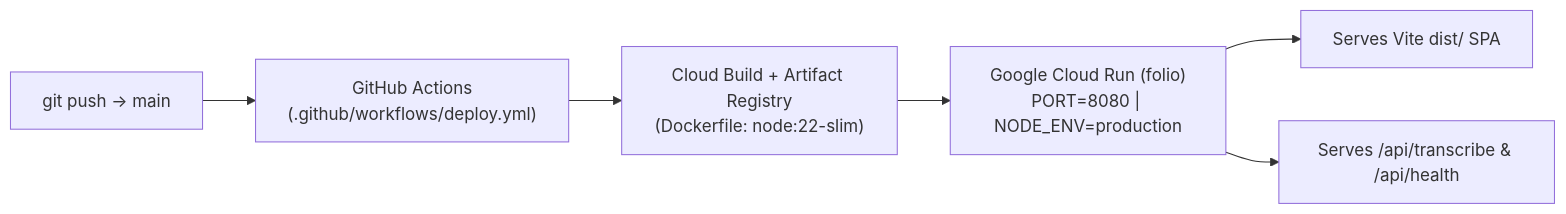
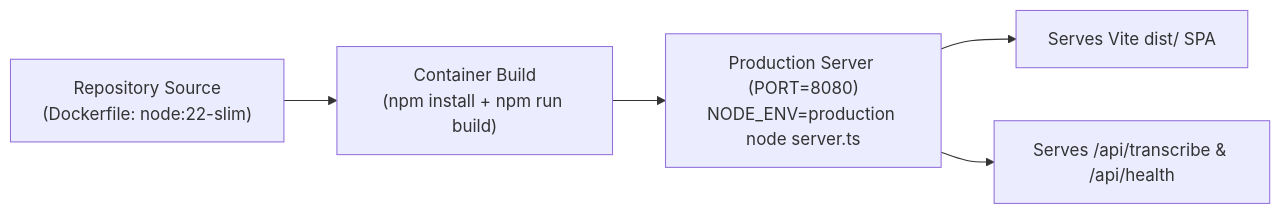
The second of 2 diagrams in README.md (ArnavPoswal15/Folio), drawn with Mermaid before and after one commit. The commit also changed other lines of this file and 1 other file, not shown here.

Commit message:
chore: remove CI/CD deployment workflow
Delete the GitHub Actions deployment pipeline and update the deployment architecture documentation to reflect the current server-side structure.

````diff
--- a/README.md
+++ b/README.md
@@ -86,8 +86,7 @@
 ```mermaid
 flowchart LR
-  Push["git push -> main"] --> GHA["GitHub Actions\n(.github/workflows/deploy.yml)"]
-  GHA --> Build["Cloud Build + Artifact Registry\n(Dockerfile: node:22-slim)"]
-  Build --> CloudRun["Google Cloud Run (folio)\nPORT=8080 | NODE_ENV=production"]
-  CloudRun --> Static["Serves Vite dist/ SPA"]
-  CloudRun --> API["Serves /api/transcribe & /api/health"]
+  Source["Repository Source\n(Dockerfile: node:22-slim)"] --> Build["Container Build\n(npm install + npm run build)"]
+  Build --> Server["Production Server (PORT=8080)\nNODE_ENV=production node server.ts"]
+  Server --> Static["Serves Vite dist/ SPA"]
+  Server --> API["Serves /api/transcribe & /api/health"]
 ```
````
